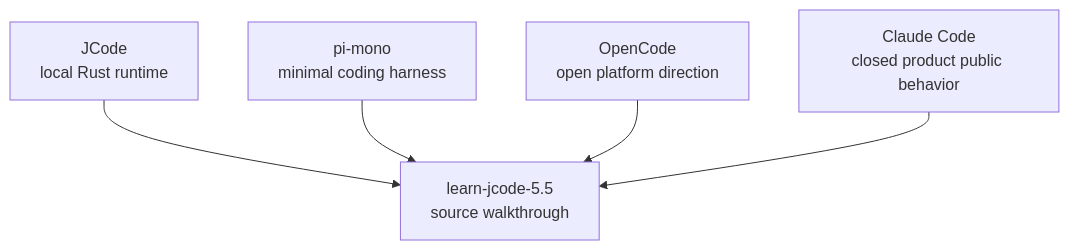
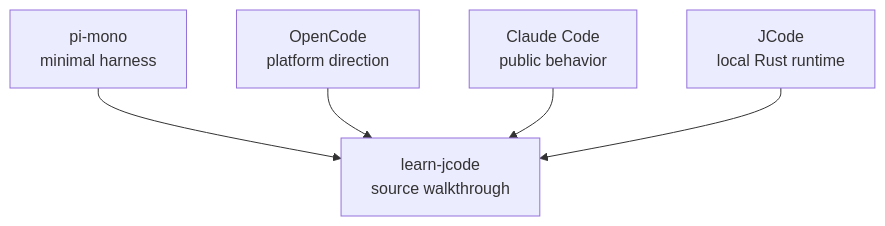
One commit to Br1an67/learn-jcode changed the diagram in docs/en/s10-comparison.md. Above: the diagram before and after it, drawn with Mermaid. The commit also changed 23 other files, not shown here.

Commit message:
Improve Mermaid diagram layout

````diff
--- a/docs/en/s10-comparison.md
+++ b/docs/en/s10-comparison.md
@@ -11,7 +11,7 @@
 ```mermaid
 flowchart TD
-  JCode["JCode\nlocal Rust runtime"] --> Lessons["learn-jcode-5.5\nsource walkthrough"]
-  Pi["pi-mono\nminimal coding harness"] --> Lessons
-  OpenCode["OpenCode\nopen platform direction"] --> Lessons
-  Claude["Claude Code\nclosed product public behavior"] --> Lessons
+  Pi["pi-mono<br/>minimal harness"] --> Lessons["learn-jcode<br/>source walkthrough"]
+  OpenCode["OpenCode<br/>platform direction"] --> Lessons
+  Claude["Claude Code<br/>public behavior"] --> Lessons
+  JCode["JCode<br/>local Rust runtime"] --> Lessons
 ```
````
